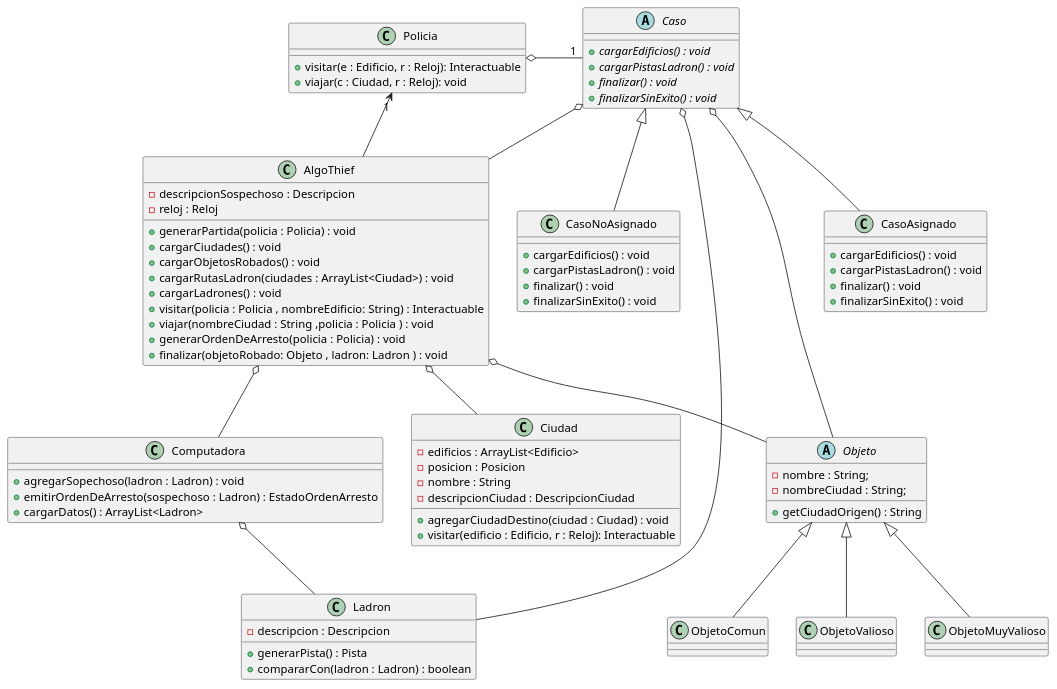
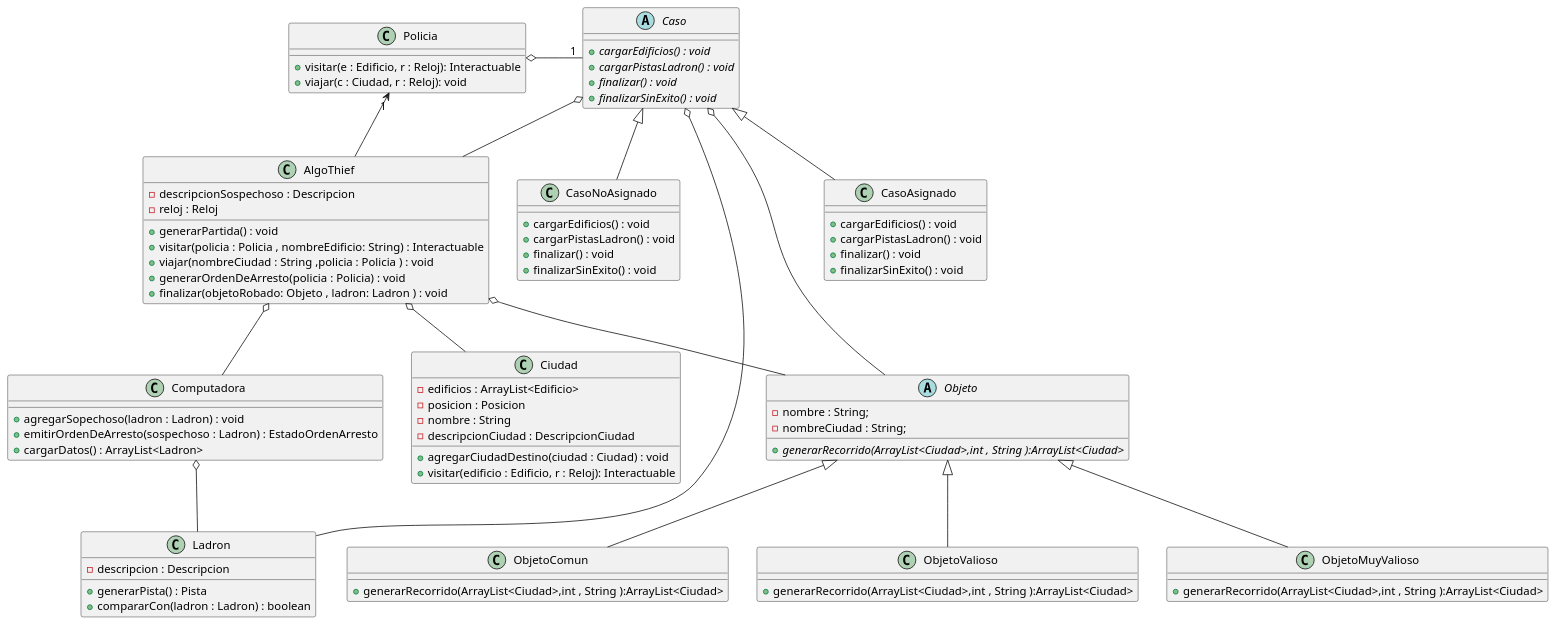
The diagram in diagrams/classes/diagrama_clases_algoThief.puml (martinanus/algo3_tp2), drawn with PlantUML before and after one commit.

Commit message:
Se actualiza diagrama de clases

```diff
--- a/diagrams/classes/diagrama_clases_algoThief.puml
+++ b/diagrams/classes/diagrama_clases_algoThief.puml
@@ -1,105 +1,103 @@
 @startuml
 
 
 AlgoThief o-- Ciudad
 AlgoThief o-- Objeto
 AlgoThief o-- Computadora
 
 Computadora o-- Ladron
 
 Objeto <|-- ObjetoComun
 Objeto <|-- ObjetoValioso
 Objeto <|-- ObjetoMuyValioso
 
 Caso o-- AlgoThief
 Caso o-- Objeto
 Caso o-- Ladron
 Caso <|-- CasoAsignado
 Caso <|-- CasoNoAsignado
 Policia o-"1" Caso
 AlgoThief ->"1" Policia
 
 class Policia {
     + visitar(e : Edificio, r : Reloj): Interactuable
     + viajar(c : Ciudad, r : Reloj): void
 }
 
 abstract class Caso {
  + {abstract} cargarEdificios() : void
  + {abstract} cargarPistasLadron() : void
  + {abstract} finalizar() : void
  + {abstract} finalizarSinExito() : void
 }
 
  class CasoAsignado {
  + cargarEdificios() : void
  + cargarPistasLadron() : void
  + finalizar() : void
  + finalizarSinExito() : void
 }
 
 class CasoNoAsignado {
  + cargarEdificios() : void
  + cargarPistasLadron() : void
  + finalizar() : void
  + finalizarSinExito() : void
 }
+abstract class Objeto {
+    - nombre : String;
+    - nombreCiudad : String;
+
+    + {abstract} generarRecorrido(ArrayList<Ciudad>,int , String ):ArrayList<Ciudad>
+}
 
 class AlgoThief {
     - descripcionSospechoso : Descripcion
     - reloj : Reloj
-    + generarPartida(policia : Policia) : void
-    + cargarCiudades() : void
-    + cargarObjetosRobados() : void
-    + cargarRutasLadron(ciudades : ArrayList<Ciudad>) : void
-    + cargarLadrones() : void
+    + generarPartida() : void
     + visitar(policia : Policia , nombreEdificio: String) : Interactuable
     + viajar(nombreCiudad : String ,policia : Policia ) : void
     + generarOrdenDeArresto(policia : Policia) : void
     + finalizar(objetoRobado: Objeto , ladron: Ladron ) : void
 }
 
 class Ciudad {
     - edificios : ArrayList<Edificio>
     - posicion : Posicion
     - nombre : String
     - descripcionCiudad : DescripcionCiudad
 
     + agregarCiudadDestino(ciudad : Ciudad) : void
     + visitar(edificio : Edificio, r : Reloj): Interactuable
 }
 
-abstract class Objeto {
-    - nombre : String;
-    - nombreCiudad : String;
-
-    + getCiudadOrigen() : String
-}
-
 class ObjetoComun {
+    +generarRecorrido(ArrayList<Ciudad>,int , String ):ArrayList<Ciudad>
 }
 
 class ObjetoValioso {
+    + generarRecorrido(ArrayList<Ciudad>,int , String ):ArrayList<Ciudad>
 }
 
 class ObjetoMuyValioso {
+    + generarRecorrido(ArrayList<Ciudad>,int , String ):ArrayList<Ciudad>
 }
 
 
 
 class Computadora {
     + agregarSopechoso(ladron : Ladron) : void
     + emitirOrdenDeArresto(sospechoso : Ladron) : EstadoOrdenArresto
     + cargarDatos() : ArrayList<Ladron>
 }
 
 class Ladron {
     - descripcion : Descripcion
     + generarPista() : Pista
     + compararCon(ladron : Ladron) : boolean
 }
 
 
 
 
 @enduml
```
